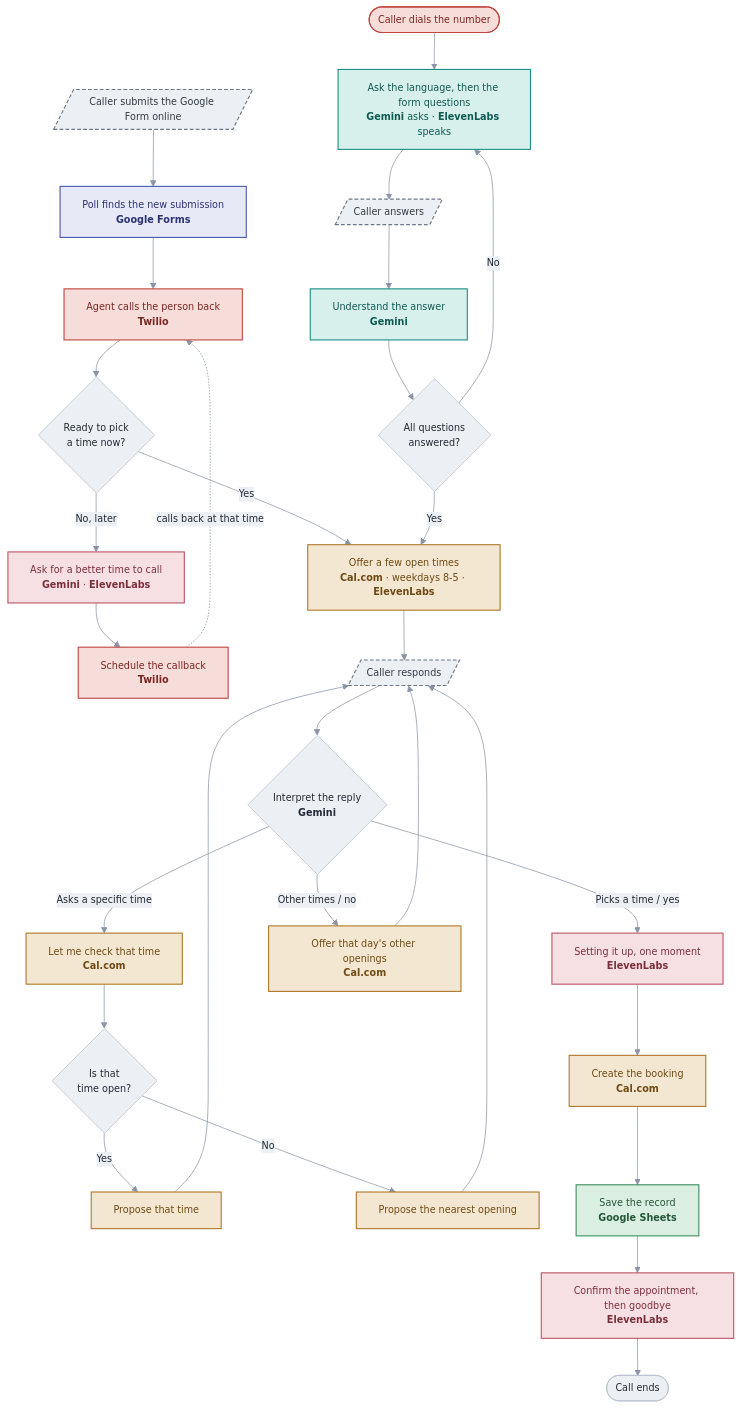
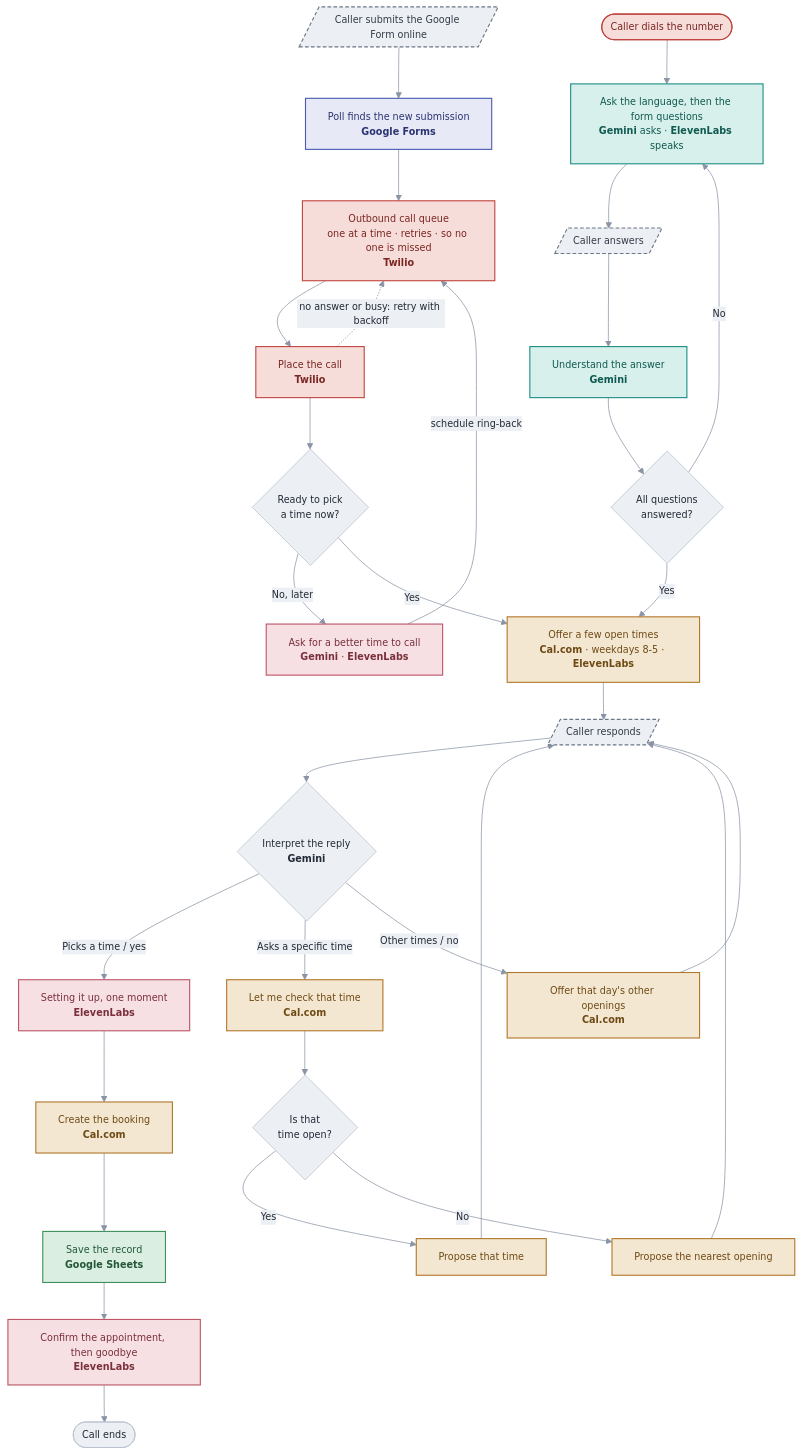
The diagram in docs/flowchart.mmd (tecace-soft/voice-agent), drawn with Mermaid before and after one commit. The commit also changed 3 other files, not shown here.

Commit message:
Updated Flowchart

```diff
--- a/docs/flowchart.mmd
+++ b/docs/flowchart.mmd
@@ -1,45 +1,46 @@
 %%{init: {'theme':'base','themeVariables':{'fontFamily':'ui-sans-serif, system-ui, sans-serif','fontSize':'13px','lineColor':'#8a94a6','primaryColor':'#eceff3','primaryTextColor':'#222a36','primaryBorderColor':'#b9c2ce','edgeLabelBackground':'#eceff3'}}}%%
 flowchart TD
-    %% ---- entry 1: outbound, triggered by a form submission ----
+    %% ---- entry 1: outbound — form submission -> queued call ----
     Form[/"Caller submits the Google Form online"/]:::caller --> Poll["Poll finds the new submission<br/><b>Google Forms</b>"]:::forms
-    Poll --> Call["Agent calls the person back<br/><b>Twilio</b>"]:::twilio
+    Poll --> Queue["Outbound call queue<br/>one at a time · retries · so no one is missed<br/><b>Twilio</b>"]:::twilio
+    Queue --> Call["Place the call<br/><b>Twilio</b>"]:::twilio
+    Call -. "no answer or busy: retry with backoff" .-> Queue
     Call --> Ready{"Ready to pick<br/>a time now?"}
     Ready -->|No, later| CB["Ask for a better time to call<br/><b>Gemini</b> · <b>ElevenLabs</b>"]:::voice
-    CB --> Queue["Schedule the callback<br/><b>Twilio</b>"]:::twilio
-    Queue -. calls back at that time .-> Call
+    CB -->|schedule ring-back| Queue
     Ready -->|Yes| Offer
 
     %% ---- entry 2: inbound, caller dials in ----
     Dial(["Caller dials the number"]):::twilio --> Ask["Ask the language, then the form questions<br/><b>Gemini</b> asks · <b>ElevenLabs</b> speaks"]:::gemini
     Ask --> Say[/"Caller answers"/]:::caller
     Say --> Understand["Understand the answer<br/><b>Gemini</b>"]:::gemini
     Understand --> Done{"All questions<br/>answered?"}
     Done -->|No| Ask
     Done -->|Yes| Offer
 
     %% ---- scheduling: offer, then interpret the reply ----
     Offer["Offer a few open times<br/><b>Cal.com</b> · weekdays 8-5 · <b>ElevenLabs</b>"]:::cal --> Resp[/Caller responds/]:::caller
     Resp --> Intent{"Interpret the reply<br/><b>Gemini</b>"}
     Intent -->|Picks a time / yes| Ack
     Intent -->|Asks a specific time| Check["Let me check that time<br/><b>Cal.com</b>"]:::cal
     Intent -->|Other times / no| Others["Offer that day's other openings<br/><b>Cal.com</b>"]:::cal
     Others --> Resp
     Check --> Free{"Is that<br/>time open?"}
     Free -->|Yes| Prop["Propose that time"]:::cal
     Free -->|No| Near["Propose the nearest opening"]:::cal
     Prop --> Resp
     Near --> Resp
 
     %% ---- booking: acknowledge, then do the slow work, then confirm ----
     Ack["Setting it up, one moment<br/><b>ElevenLabs</b>"]:::voice --> Book["Create the booking<br/><b>Cal.com</b>"]:::cal
     Book --> Save["Save the record<br/><b>Google Sheets</b>"]:::sheets
     Save --> Confirm["Confirm the appointment, then goodbye<br/><b>ElevenLabs</b>"]:::voice
     Confirm --> End(["Call ends"])
 
     classDef forms fill:#e7e9f7,stroke:#4a5bb0,color:#2b3470,stroke-width:1.5px;
     classDef gemini fill:#d8f0eb,stroke:#1c8f84,color:#0f5951,stroke-width:1.5px;
     classDef voice fill:#f7e0e4,stroke:#bd5566,color:#7a2f3a,stroke-width:1.5px;
     classDef cal fill:#f4e7d1,stroke:#b0782c,color:#6e4a15,stroke-width:1.5px;
     classDef sheets fill:#daefe2,stroke:#3f8f5c,color:#245638,stroke-width:1.5px;
     classDef twilio fill:#f7ddda,stroke:#c0453f,color:#7a2622,stroke-width:1.5px;
     classDef caller fill:#eceff3,stroke:#6b7686,color:#333b47,stroke-width:1.5px,stroke-dasharray:5 3;
```
